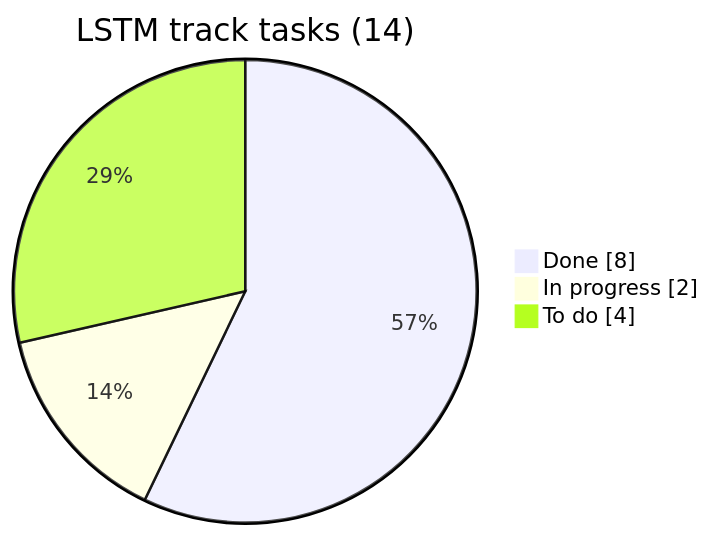
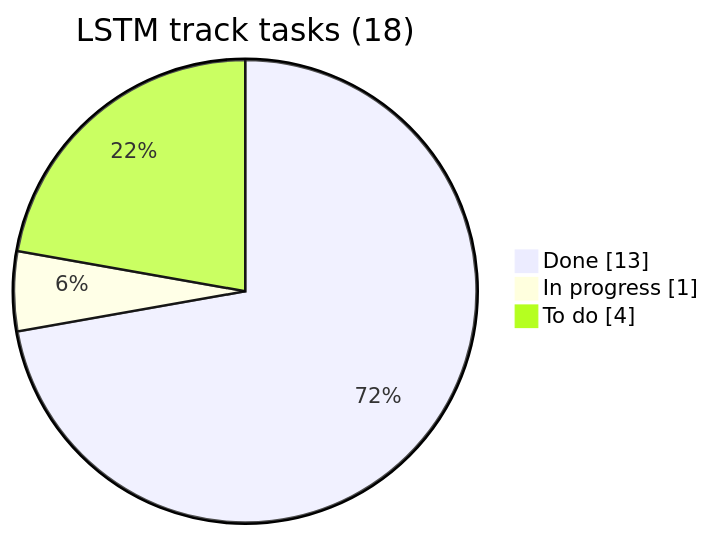
The first of 4 diagrams in progress.md (Asyxddiq/mlda-audio-workshop), drawn with Mermaid before and after one commit. The commit also changed other lines of this file and 2 other files, not shown here.

````diff
--- a/progress.md
+++ b/progress.md
@@ -17,7 +17,7 @@
 ```mermaid
 pie showData
-    title LSTM track tasks (14)
-    "Done" : 8
-    "In progress" : 2
+    title LSTM track tasks (18)
+    "Done" : 13
+    "In progress" : 1
     "To do" : 4
 ```
````
